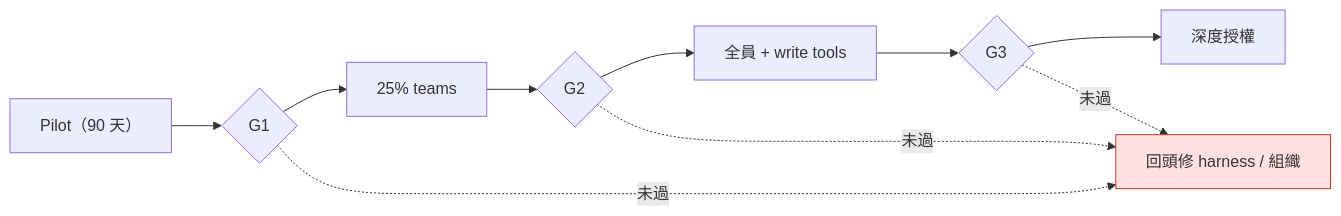
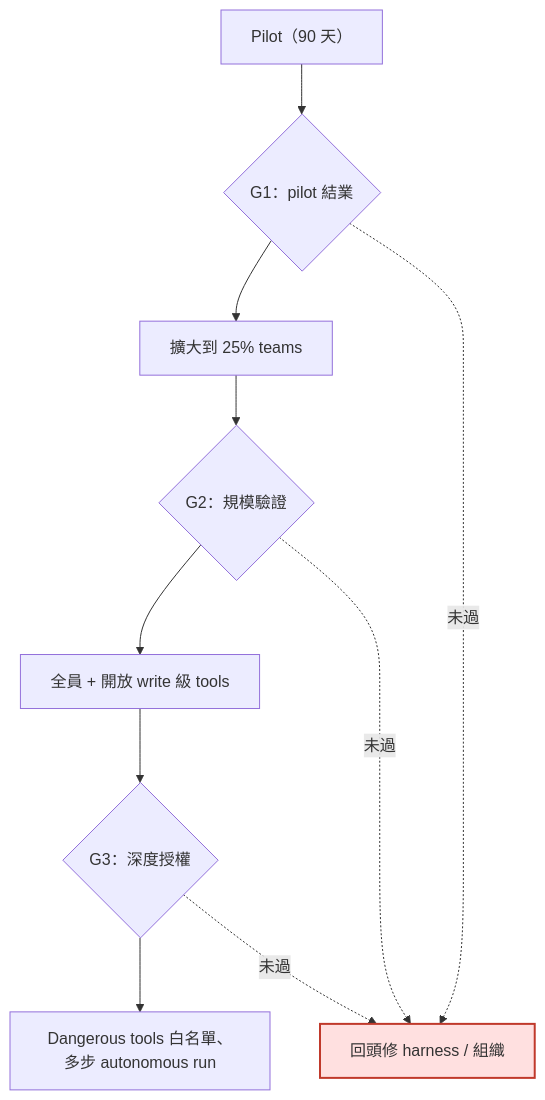
Before and after one commit to fantasybz/medium-articles: the third of 3 diagrams in 2026-11-agentic-eval-economics/article.md, drawn with Mermaid. The commit also changed other lines of this file and 26 other files, not shown here.

First line of the commit message:
Redraw the remaining wide and tall diagrams across all four articles

````diff
--- a/2026-11-agentic-eval-economics/article.md
+++ b/2026-11-agentic-eval-economics/article.md
@@ -155,8 +162,16 @@
 ```mermaid
-flowchart LR
-    P["Pilot（90 天）"] --> G1{"G1"} --> E1["25% teams"] --> G2{"G2"} --> E2["全員 + write tools"] --> G3{"G3"} --> E3["深度授權"]
-    G1 -.->|未過| F1["回頭修 harness / 組織"]
+flowchart TB
+    P["Pilot（90 天）"]
+    G1{"G1：pilot 結業"}
+    E1["擴大到 25% teams"]
+    G2{"G2：規模驗證"}
+    E2["全員 + 開放 write 級 tools"]
+    G3{"G3：深度授權"}
+    E3["Dangerous tools 白名單、多步 autonomous run"]
+    F1["回頭修 harness / 組織"]
+    P --> G1 --> E1 --> G2 --> E2 --> G3 --> E3
+    G1 -.->|未過| F1
     G2 -.->|未過| F1
     G3 -.->|未過| F1
-    style F1 fill:#ffe0e0,stroke:#c0392b
+    style F1 fill:#ffe0e0,stroke:#c0392b,stroke-width:2px
 ```
````
